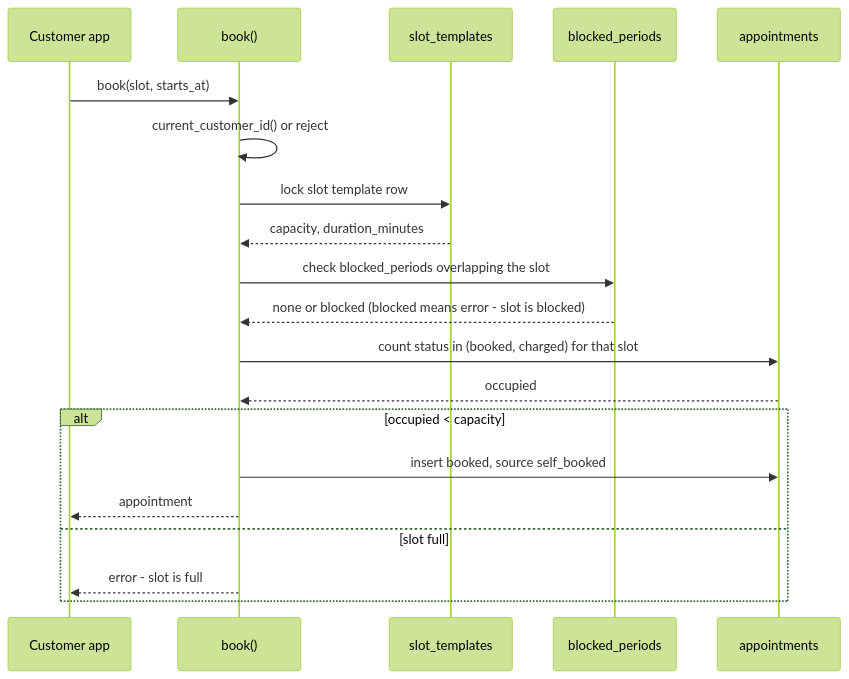
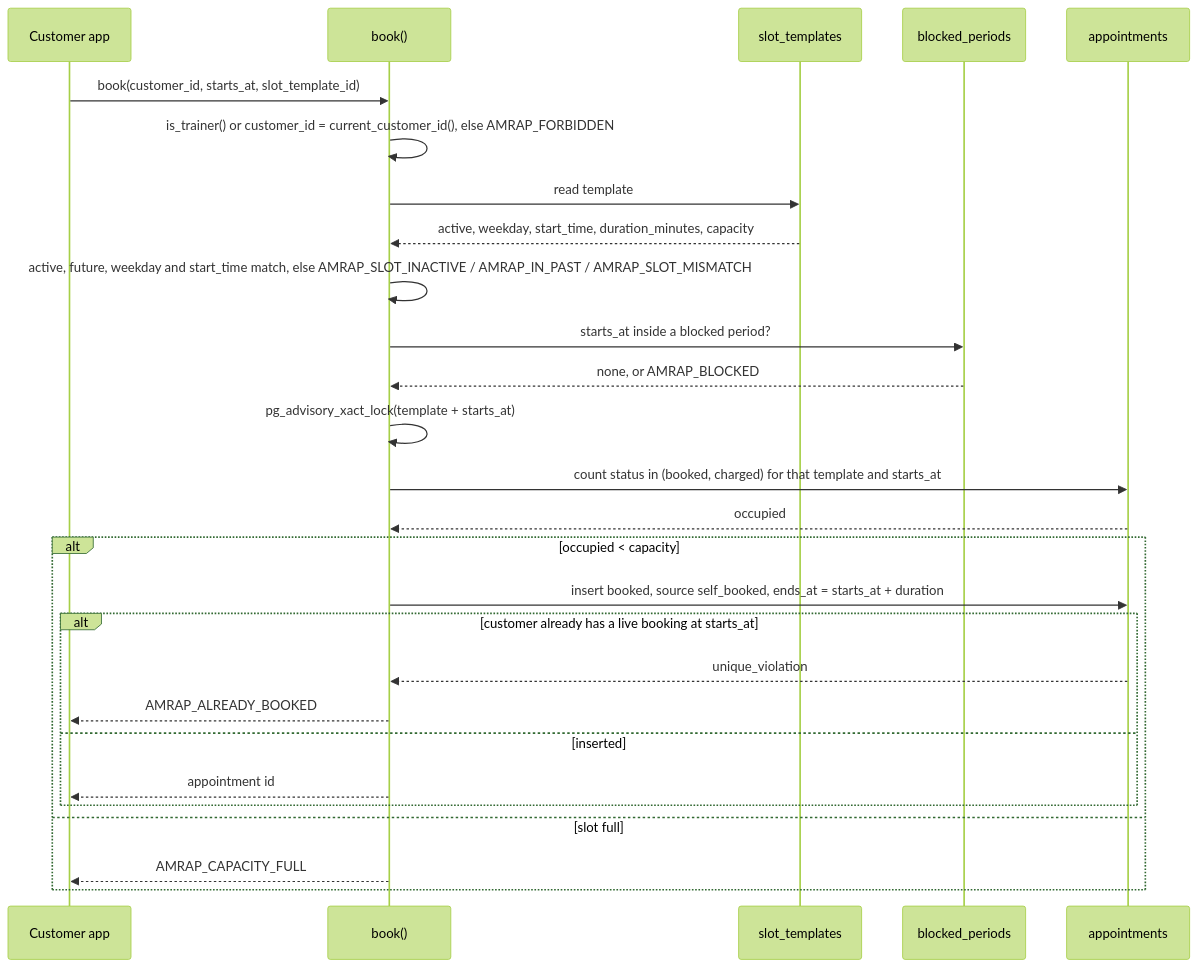
The diagram in docs/architecture/booking-sequence.md (JasaGlazar/amrap), drawn with Mermaid (forest theme) before and after one commit. The commit also changed other lines of this file and 5 other files, not shown here.

First line of the commit message:
feat(db): book RPC with capacity, slot and blocked-period checks

````diff
--- a/docs/architecture/booking-sequence.md
+++ b/docs/architecture/booking-sequence.md
@@ -8,23 +13,30 @@
 ```mermaid
 sequenceDiagram
     participant C as Customer app
     participant B as book()
     participant S as slot_templates
     participant BP as blocked_periods
     participant A as appointments
 
-    C->>B: book(slot, starts_at)
-    B->>B: current_customer_id() or reject
-    B->>S: lock slot template row
-    S-->>B: capacity, duration_minutes
-    B->>BP: check blocked_periods overlapping the slot
-    BP-->>B: none or blocked (blocked means error - slot is blocked)
-    B->>A: count status in (booked, charged) for that slot
+    C->>B: book(customer_id, starts_at, slot_template_id)
+    B->>B: is_trainer() or customer_id = current_customer_id(), else AMRAP_FORBIDDEN
+    B->>S: read template
+    S-->>B: active, weekday, start_time, duration_minutes, capacity
+    B->>B: active, future, weekday and start_time match, else AMRAP_SLOT_INACTIVE / AMRAP_IN_PAST / AMRAP_SLOT_MISMATCH
+    B->>BP: starts_at inside a blocked period?
+    BP-->>B: none, or AMRAP_BLOCKED
+    B->>B: pg_advisory_xact_lock(template + starts_at)
+    B->>A: count status in (booked, charged) for that template and starts_at
     A-->>B: occupied
     alt occupied < capacity
-        B->>A: insert booked, source self_booked
-        B-->>C: appointment
+        B->>A: insert booked, source self_booked, ends_at = starts_at + duration
+        alt customer already has a live booking at starts_at
+            A-->>B: unique_violation
+            B-->>C: AMRAP_ALREADY_BOOKED
+        else inserted
+            B-->>C: appointment id
+        end
     else slot full
-        B-->>C: error - slot is full
+        B-->>C: AMRAP_CAPACITY_FULL
     end
 ```
````
